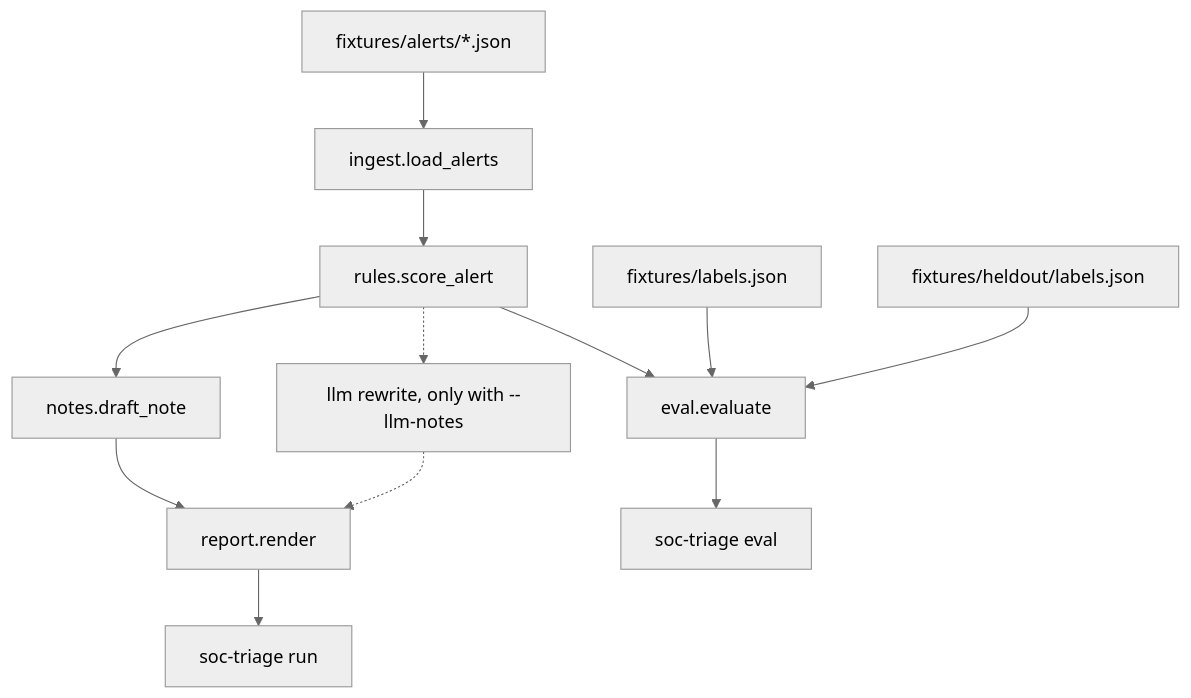
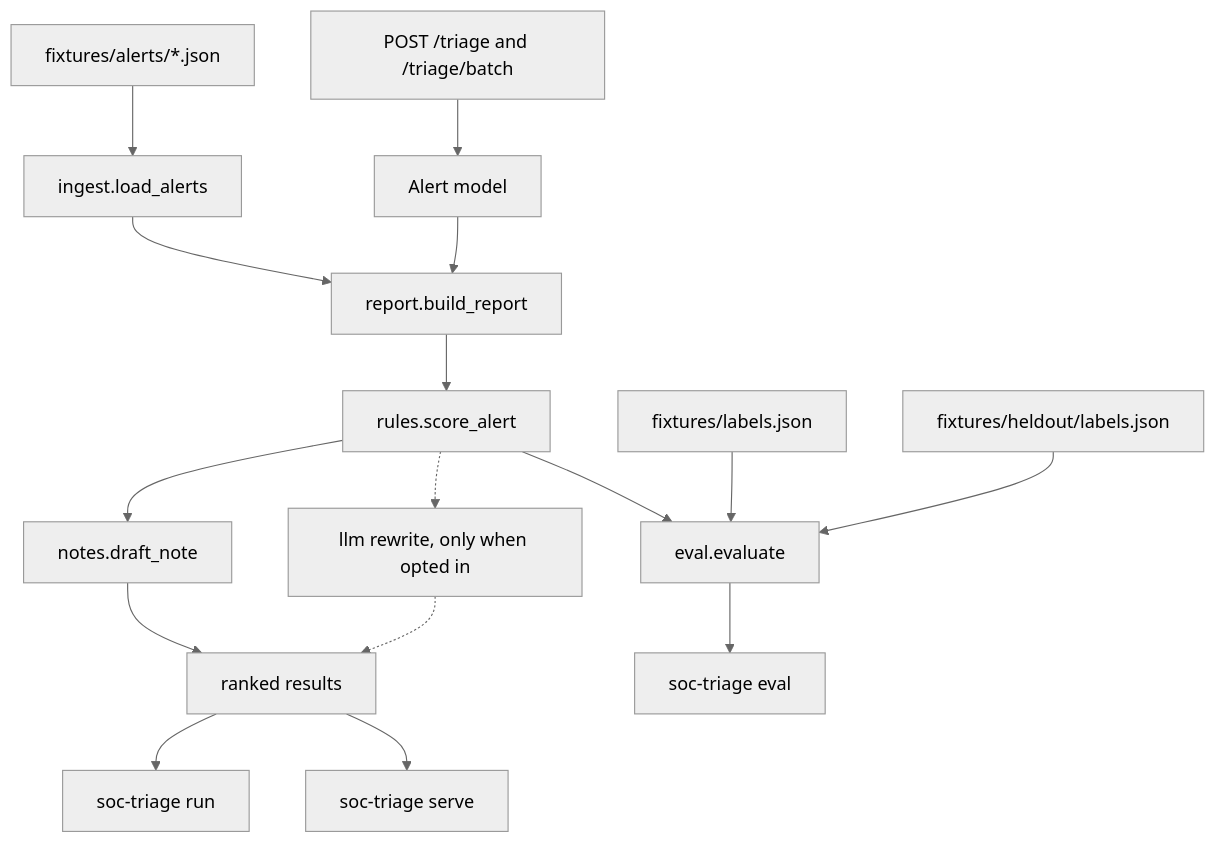
Before and after one commit to oemarino/soc-triage-agent: the diagram in README.md, drawn with Mermaid (neutral theme). The commit also changed other lines of this file and 15 other files, not shown here.

First line of the commit message:
Add a local FastAPI service that reuses the CLI triage path.

````diff
--- a/README.md
+++ b/README.md
@@ -22,14 +23,18 @@
 ```mermaid
 flowchart TD
     alerts["fixtures/alerts/*.json"] --> ingest["ingest.load_alerts"]
-    ingest --> rules["rules.score_alert"]
+    http["POST /triage and /triage/batch"] --> validate["Alert model"]
+    ingest --> report["report.build_report"]
+    validate --> report
+    report --> rules["rules.score_alert"]
     rules --> notes["notes.draft_note"]
-    rules -.-> llm["llm rewrite, only with --llm-notes"]
-    notes --> report["report.render"]
-    llm -.-> report
-    report --> runCmd["soc-triage run"]
+    rules -.-> llm["llm rewrite, only when opted in"]
+    notes --> out["ranked results"]
+    llm -.-> out
+    out --> runCmd["soc-triage run"]
+    out --> api["soc-triage serve"]
     labels["fixtures/labels.json"] --> evalStep["eval.evaluate"]
     heldout["fixtures/heldout/labels.json"] --> evalStep
     rules --> evalStep
     evalStep --> evalCmd["soc-triage eval"]
 ```
````
